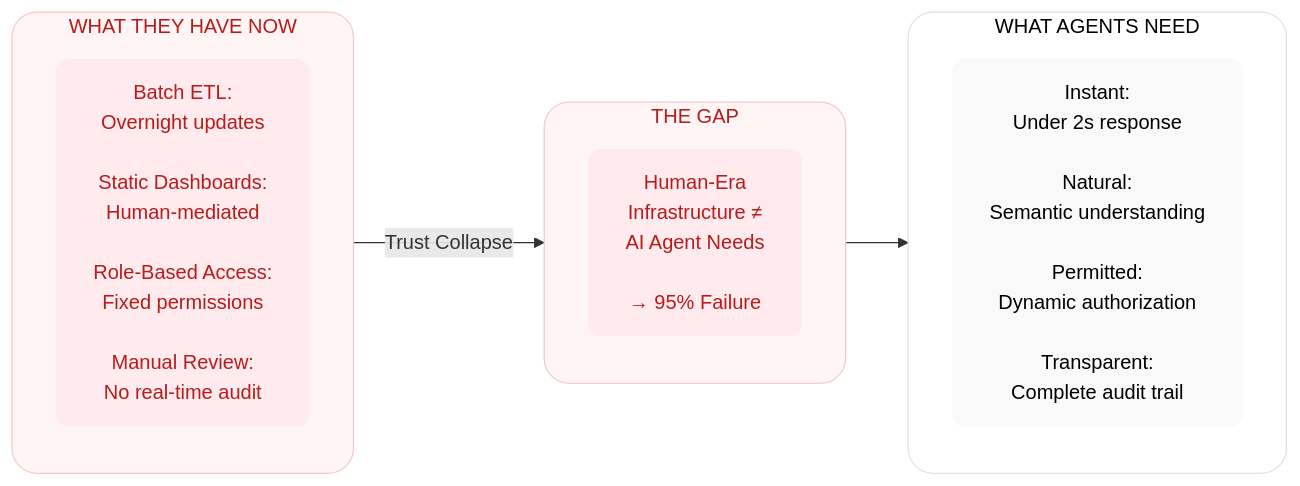
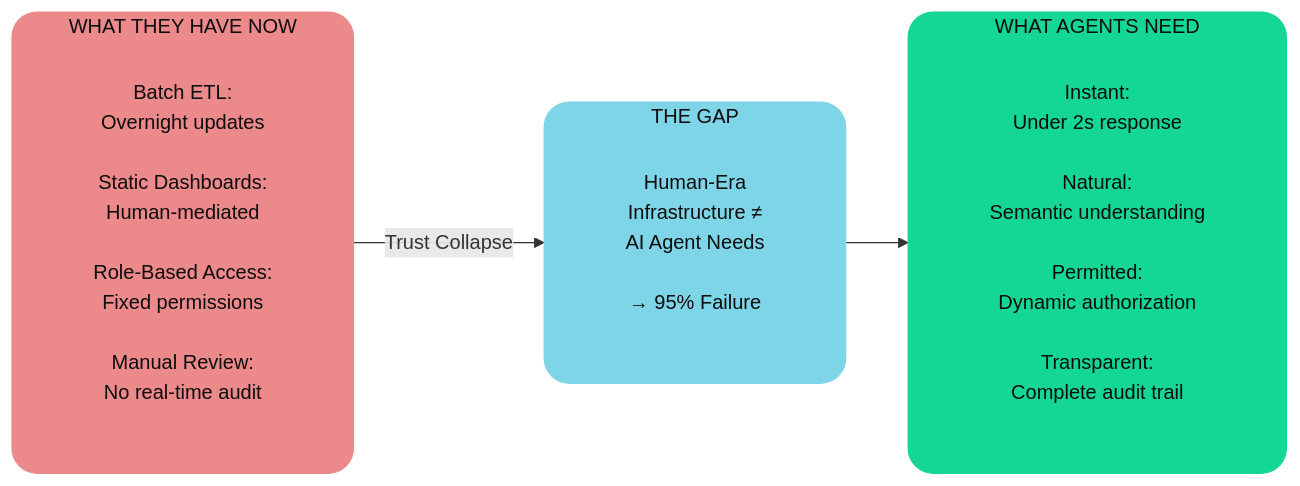
One commit to saitejesh-cyber/trust-before-intelligence-book changed the diagram in mermaid-source/figure-1-0.mmd. Above: the diagram before and after it, drawn with Mermaid. The commit also changed other lines of this file and 3 other files, not shown here.

Commit message:
Refine two core diagrams for Colaberry semantic contrast

```diff
--- a/mermaid-source/figure-1-0.mmd
+++ b/mermaid-source/figure-1-0.mmd
@@ -1,25 +1,25 @@
 
 graph LR
     subgraph BUILT["WHAT THEY HAVE NOW"]
         direction TB
         B1["Batch ETL:<br/>Overnight updates<br/><br/>Static Dashboards:<br/>Human-mediated<br/><br/>Role-Based Access:<br/>Fixed permissions<br/><br/>Manual Review:<br/>No real-time audit"]
     end
     
     subgraph GAP["THE GAP"]
         direction TB
         G1["Human-Era<br/>Infrastructure ≠<br/>AI Agent Needs<br/><br/>→ 95% Failure"]
     end
     
     subgraph NEED["WHAT AGENTS NEED"]
         direction TB
         N1["Instant:<br/>Under 2s response<br/><br/>Natural:<br/>Semantic understanding<br/><br/>Permitted:<br/>Dynamic authorization<br/><br/>Transparent:<br/>Complete audit trail"]
     end
     
     BUILT -->|"Trust Collapse"| GAP --> NEED
     
-    style BUILT fill:#fff5f5,stroke:#f2caca,stroke-width:1px,color:#b71c1c,rx:20,ry:20
-    style B1 fill:#ffebee,stroke:none,color:#b71c1c,rx:10,ry:10
-    style GAP fill:#fff5f5,stroke:#f2caca,stroke-width:1px,color:#b71c1c,rx:20,ry:20
-    style G1 fill:#ffebee,stroke:none,color:#b71c1c,rx:10,ry:10
-    style NEED fill:#ffffff,stroke:#e0e0e0,stroke-width:1px,color:#000000,rx:20,ry:20
-    style N1 fill:#f9f9f9,stroke:none,color:#000000,rx:10,ry:10
+    style BUILT fill:#EB898B,stroke:#EB898B,stroke-width:1px,color:#0D0D0D,rx:20,ry:20
+    style B1 fill:#EB898B,stroke:none,color:#0D0D0D,rx:10,ry:10
+    style GAP fill:#7FD5E8,stroke:#7FD5E8,stroke-width:1px,color:#0D0D0D,rx:20,ry:20
+    style G1 fill:#7FD5E8,stroke:none,color:#0D0D0D,rx:10,ry:10
+    style NEED fill:#14D793,stroke:#14D793,stroke-width:1px,color:#0D0D0D,rx:20,ry:20
+    style N1 fill:#14D793,stroke:none,color:#0D0D0D,rx:10,ry:10
```
